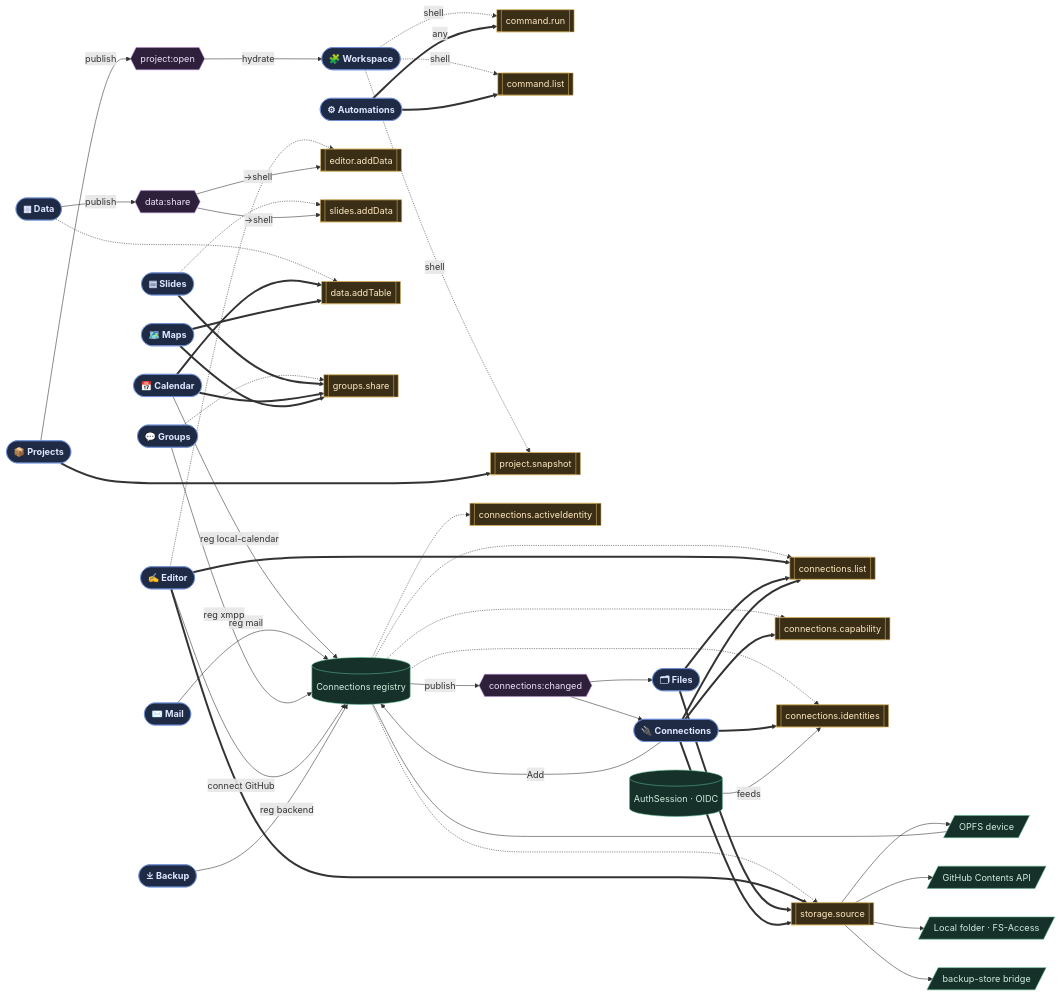
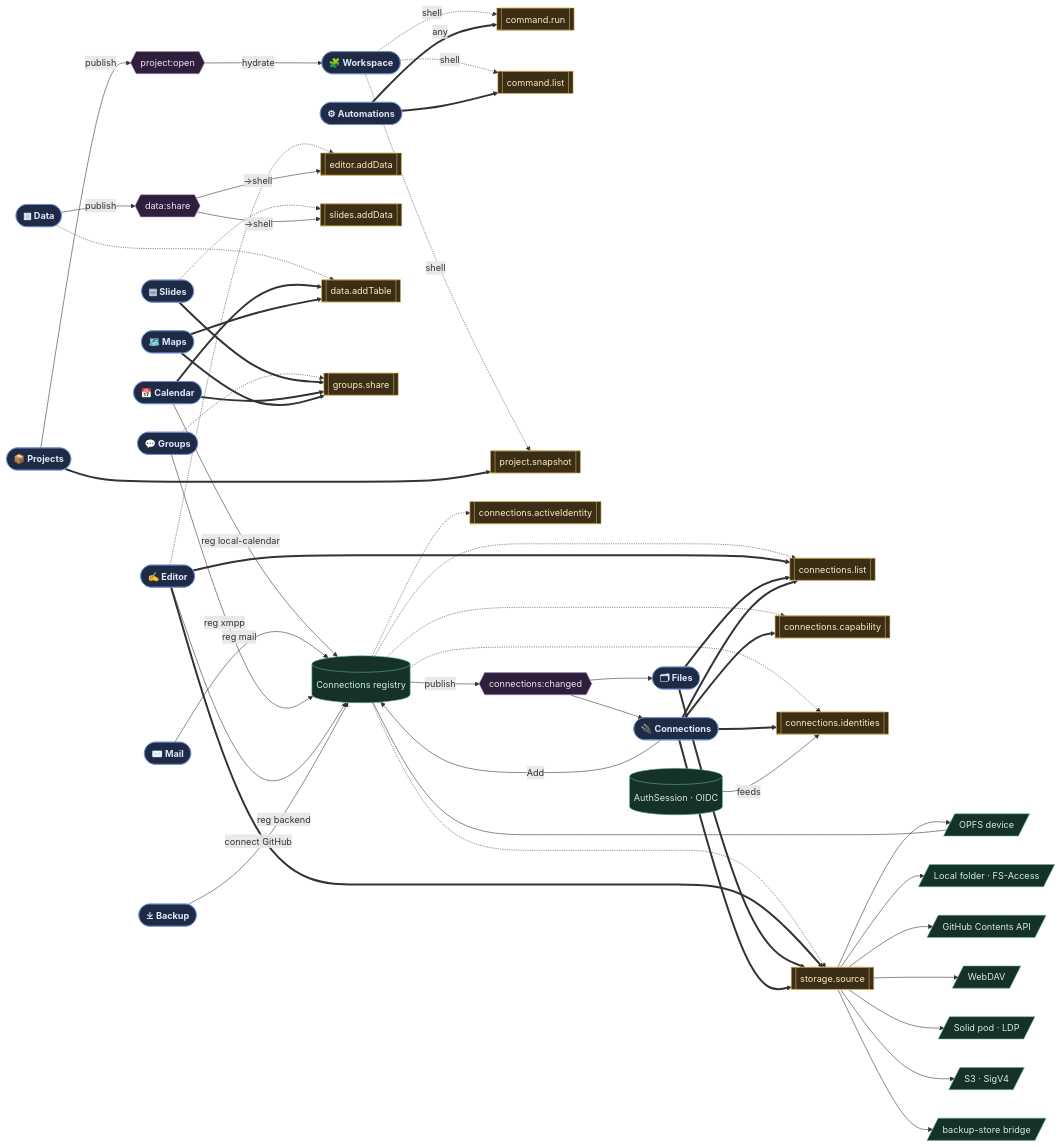
The diagram in docs/edot/ui-command-graph.md (danbri/glitchcan-minigam), drawn with Mermaid before and after one commit. The commit also changed 1 other file, not shown here.

Commit message:
docs(edot): capability graph — all six live storage mounts
Update the complete cross-app graph (Mermaid + rendered PNG) so storage.source
fans out to every real mount now wired: OPFS, local folder, GitHub, WebDAV,
Solid, S3, plus the backup bridge.

Claude-Session: https://claude.ai/code/session_011ZMhAZcyx1SQV54bAG1piM

````diff
--- a/docs/edot/ui-command-graph.md
+++ b/docs/edot/ui-command-graph.md
@@ -59,8 +59,11 @@
   AS[(AuthSession · OIDC)]:::ids
   CXR[(Connections registry)]:::ids
   mOPFS[/OPFS device/]:::ids
+  mLFS[/Local folder · FS-Access/]:::ids
   mGH[/GitHub Contents API/]:::ids
-  mLFS[/Local folder · FS-Access/]:::ids
+  mWDAV[/WebDAV/]:::ids
+  mSOL[/Solid pod · LDP/]:::ids
+  mS3[/S3 · SigV4/]:::ids
   mBR[/backup-store bridge/]:::ids
 
   %% provides (dashed)
@@ -116,8 +119,11 @@
   %% identity + storage backing
   AS -->|feeds| capCI
   capSS --> mOPFS
+  capSS --> mLFS
   capSS --> mGH
-  capSS --> mLFS
+  capSS --> mWDAV
+  capSS --> mSOL
+  capSS --> mS3
   capSS --> mBR
   CXR --- mOPFS
 ```
````
